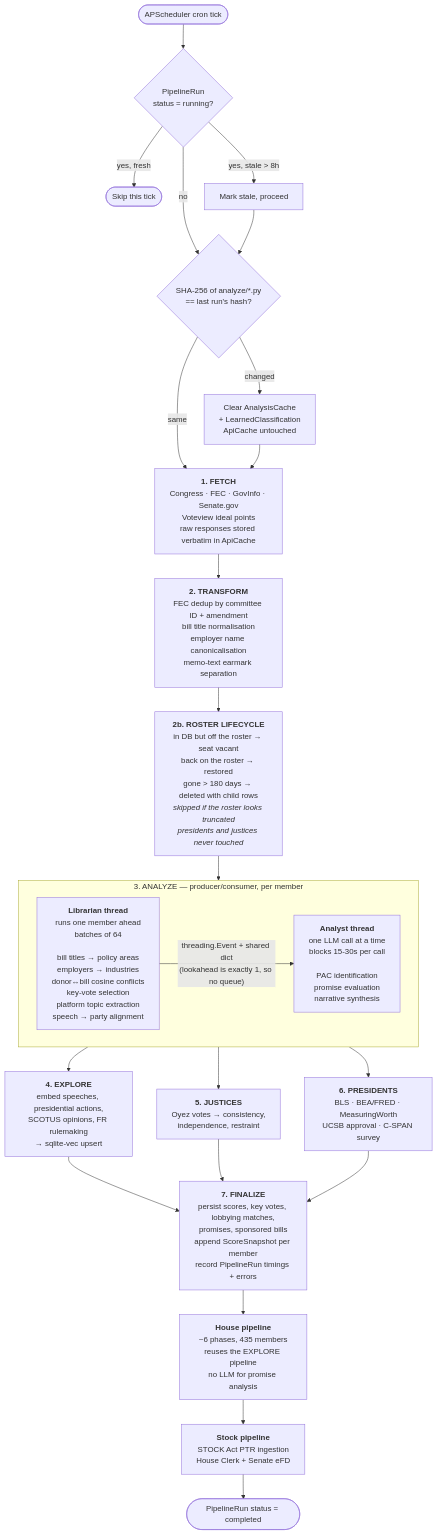
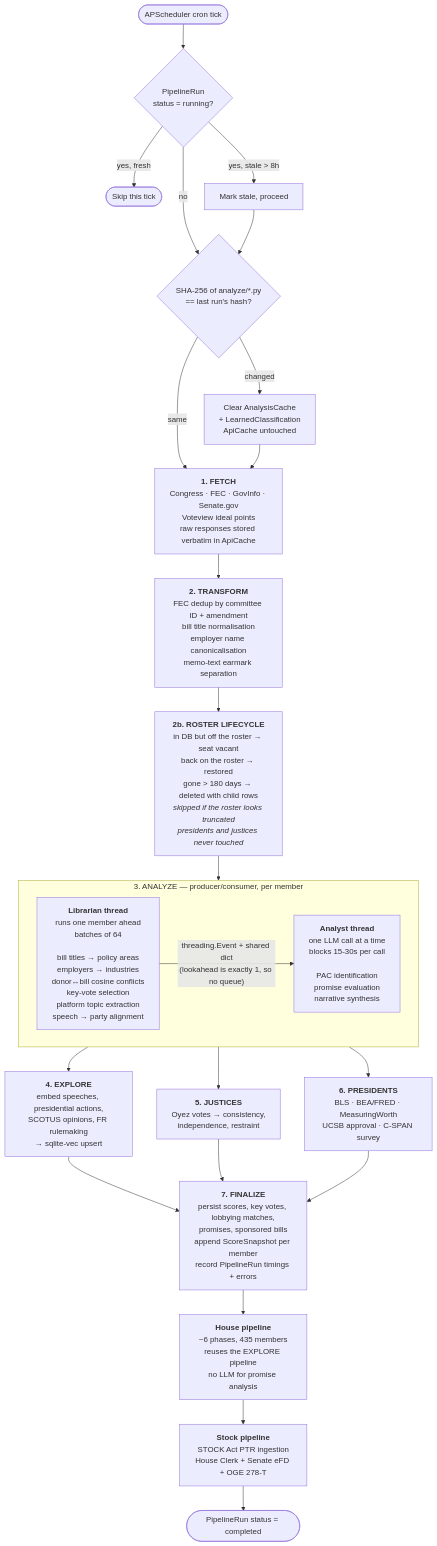
One commit to kamoras/civitas changed the diagram in docs/diagrams/02-nightly-pipeline.md. Above: the diagram before and after it, drawn with Mermaid. The commit also changed 19 other files, not shown here.

````diff
--- a/docs/diagrams/02-nightly-pipeline.md
+++ b/docs/diagrams/02-nightly-pipeline.md
@@ -6,39 +6,39 @@
 ```mermaid
 flowchart TB
     START(["APScheduler cron tick"]) --> LOCK{"PipelineRun<br/>status = running?"}
     LOCK -->|yes, fresh| SKIP(["Skip this tick"])
     LOCK -->|yes, stale > 8h| MARK["Mark stale, proceed"]
     LOCK -->|no| FP
     MARK --> FP
 
     FP{"SHA-256 of analyze/*.py<br/>== last run's hash?"}
     FP -->|changed| CLEAR["Clear AnalysisCache<br/>+ LearnedClassification<br/>ApiCache untouched"]
     FP -->|same| P1
     CLEAR --> P1
 
     P1["<b>1. FETCH</b><br/>Congress · FEC · GovInfo · Senate.gov<br/>Voteview ideal points<br/>raw responses stored verbatim in ApiCache"]
     P2["<b>2. TRANSFORM</b><br/>FEC dedup by committee ID + amendment<br/>bill title normalisation<br/>employer name canonicalisation<br/>memo-text earmark separation"]
     P2B["<b>2b. ROSTER LIFECYCLE</b><br/>in DB but off the roster → seat vacant<br/>back on the roster → restored<br/>gone > 180 days → deleted with child rows<br/><i>skipped if the roster looks truncated</i><br/><i>presidents and justices never touched</i>"]
     P1 --> P2 --> P2B --> P3
 
     subgraph P3["3. ANALYZE — producer/consumer, per member"]
         direction LR
         LIB["<b>Librarian thread</b><br/>runs one member ahead<br/>batches of 64<br/><br/>bill titles → policy areas<br/>employers → industries<br/>donor↔bill cosine conflicts<br/>key-vote selection<br/>platform topic extraction<br/>speech → party alignment"]
         ANA["<b>Analyst thread</b><br/>one LLM call at a time<br/>blocks 15-30s per call<br/><br/>PAC identification<br/>promise evaluation<br/>narrative synthesis"]
         LIB -->|"threading.Event + shared dict<br/>(lookahead is exactly 1, so no queue)"| ANA
     end
 
     P3 --> P4["<b>4. EXPLORE</b><br/>embed speeches, presidential actions,<br/>SCOTUS opinions, FR rulemaking<br/>→ sqlite-vec upsert"]
     P3 --> P5["<b>5. JUSTICES</b><br/>Oyez votes → consistency,<br/>independence, restraint"]
     P3 --> P6["<b>6. PRESIDENTS</b><br/>BLS · BEA/FRED · MeasuringWorth<br/>UCSB approval · C-SPAN survey"]
 
     P4 --> P7
     P5 --> P7
     P6 --> P7
 
     P7["<b>7. FINALIZE</b><br/>persist scores, key votes, lobbying matches,<br/>promises, sponsored bills<br/>append ScoreSnapshot per member<br/>record PipelineRun timings + errors"]
 
     P7 --> HOUSE["<b>House pipeline</b><br/>~6 phases, 435 members<br/>reuses the EXPLORE pipeline<br/>no LLM for promise analysis"]
-    HOUSE --> STOCK["<b>Stock pipeline</b><br/>STOCK Act PTR ingestion<br/>House Clerk + Senate eFD"]
+    HOUSE --> STOCK["<b>Stock pipeline</b><br/>STOCK Act PTR ingestion<br/>House Clerk + Senate eFD + OGE 278-T"]
     STOCK --> DONE(["PipelineRun status = completed"])
 ```
````
